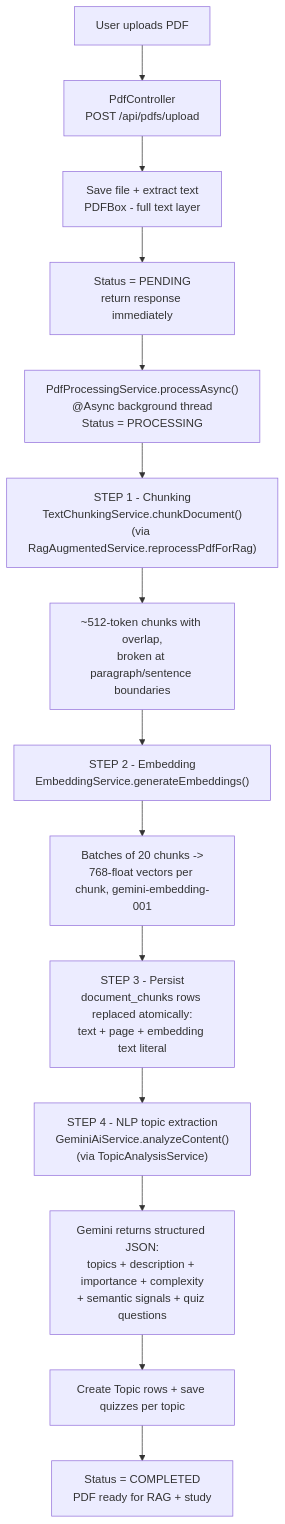
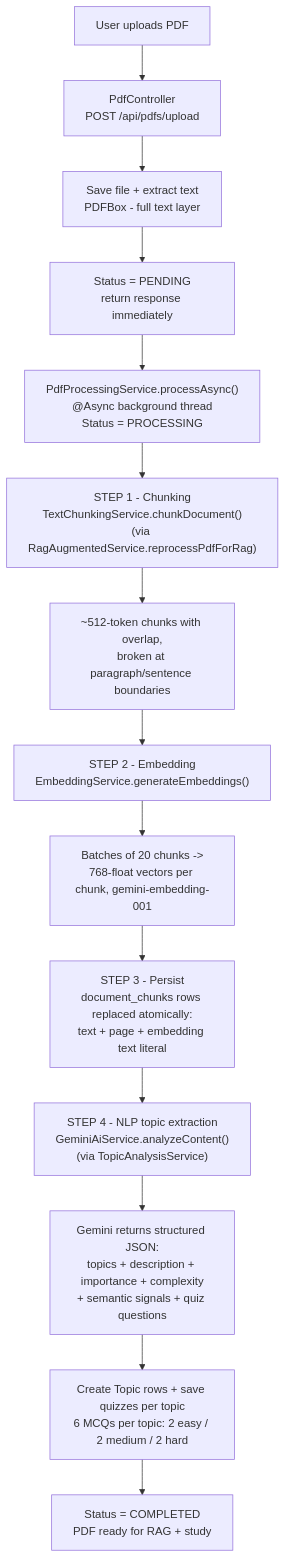
One commit to itsujwal11/aiStudyPlanner changed the second of 5 diagrams in docs/WORKFLOW.md. Above: the diagram before and after it, drawn with Mermaid. The commit also changed other lines of this file and 11 other files, not shown here.

Commit message:
architecture modification

````diff
--- a/docs/WORKFLOW.md
+++ b/docs/WORKFLOW.md
@@ -83,18 +83,18 @@
 ```mermaid
 flowchart TD
     A[User uploads PDF] --> B[PdfController<br/>POST /api/pdfs/upload]
     B --> C[Save file + extract text<br/>PDFBox - full text layer]
     C --> D[Status = PENDING<br/>return response immediately]
     D --> E["PdfProcessingService.processAsync()<br/>@Async background thread<br/>Status = PROCESSING"]
 
     E --> I["STEP 1 - Chunking<br/>TextChunkingService.chunkDocument()<br/>(via RagAugmentedService.reprocessPdfForRag)"]
     I --> J[~512-token chunks with overlap,<br/>broken at paragraph/sentence boundaries]
     J --> K["STEP 2 - Embedding<br/>EmbeddingService.generateEmbeddings()"]
     K --> L[Batches of 20 chunks -><br/>768-float vectors per chunk, gemini-embedding-001]
     L --> M["STEP 3 - Persist<br/>document_chunks rows replaced atomically:<br/>text + page + embedding text literal"]
 
     M --> F["STEP 4 - NLP topic extraction<br/>GeminiAiService.analyzeContent()<br/>(via TopicAnalysisService)"]
     F --> G1["Gemini returns structured JSON:<br/>topics + description + importance + complexity<br/>+ semantic signals + quiz questions"]
-    G1 --> H[Create Topic rows + save quizzes per topic]
+    G1 --> H["Create Topic rows + save quizzes per topic<br/>6 MCQs per topic: 2 easy / 2 medium / 2 hard"]
     H --> O[Status = COMPLETED<br/>PDF ready for RAG + study]
 ```
````
